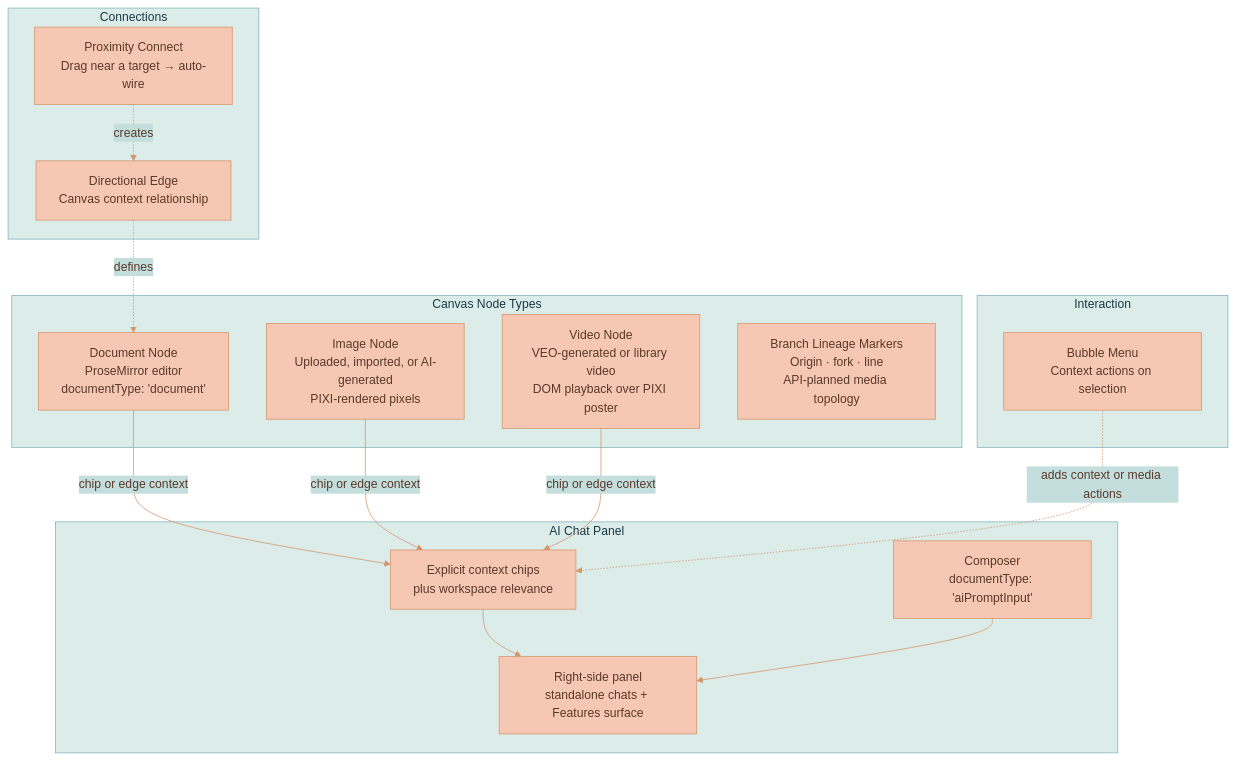
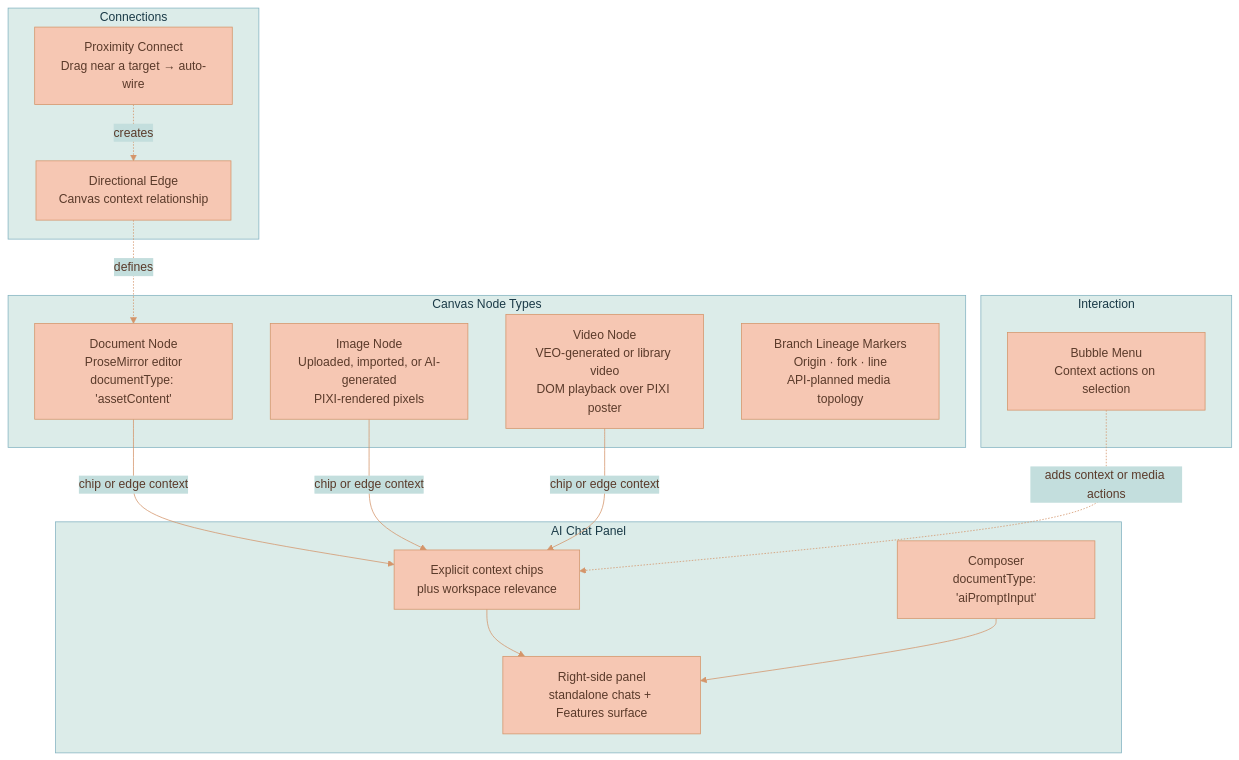
One commit to Lixpi/lixpi changed the first of 7 diagrams in documentation/PRODUCT-OVERVIEW.md. Above: the diagram before and after it, drawn with Mermaid. The commit also changed other lines of this file and 225 other files, not shown here.

````diff
--- a/documentation/PRODUCT-OVERVIEW.md
+++ b/documentation/PRODUCT-OVERVIEW.md
@@ -23,34 +23,34 @@
 ```mermaid
 %%{init: {'theme': 'base', 'themeVariables': { 'primaryColor': '#F6C7B3', 'primaryTextColor': '#5a3a2a', 'primaryBorderColor': '#d4956a', 'secondaryColor': '#C3DEDD', 'secondaryTextColor': '#1a3a47', 'secondaryBorderColor': '#4a8a9d', 'tertiaryColor': '#DCECE9', 'tertiaryTextColor': '#1a3a47', 'tertiaryBorderColor': '#82B2C0', 'lineColor': '#d4956a', 'textColor': '#5a3a2a'}}}%%
 graph TB
     subgraph "Canvas Node Types"
-        Doc[Document Node<br/>ProseMirror editor<br/>documentType: 'document']
+        Doc[Document Node<br/>ProseMirror editor<br/>documentType: 'assetContent']
         Img[Image Node<br/>Uploaded, imported, or AI-generated<br/>PIXI-rendered pixels]
         Vid[Video Node<br/>VEO-generated or library video<br/>DOM playback over PIXI poster]
         Branch[Branch Lineage Markers<br/>Origin · fork · line<br/>API-planned media topology]
     end
 
     subgraph "AI Chat Panel"
         Panel[Right-side panel<br/>standalone chats + Features surface]
         Chips[Explicit context chips<br/>plus workspace relevance]
         Composer[Composer<br/>documentType: 'aiPromptInput']
     end
 
     subgraph "Connections"
         Edge[Directional Edge<br/>Canvas context relationship]
         Prox[Proximity Connect<br/>Drag near a target → auto-wire]
     end
 
     subgraph "Interaction"
         Bubble[Bubble Menu<br/>Context actions on selection]
     end
 
     Doc -->|chip or edge context| Chips
     Img -->|chip or edge context| Chips
     Vid -->|chip or edge context| Chips
     Chips --> Panel
     Composer --> Panel
     Edge -.->|defines| Doc
     Prox -.->|creates| Edge
     Bubble -.->|adds context or media actions| Chips
 ```
````
